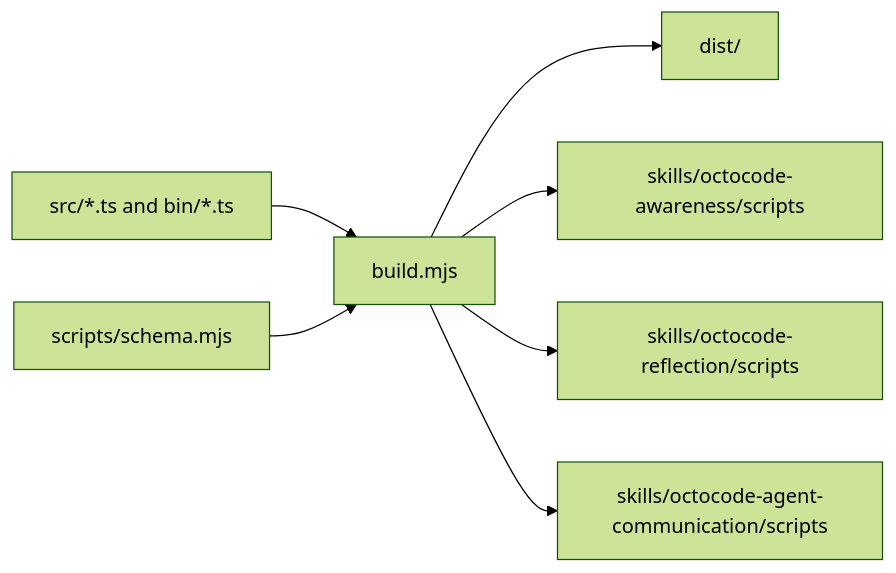
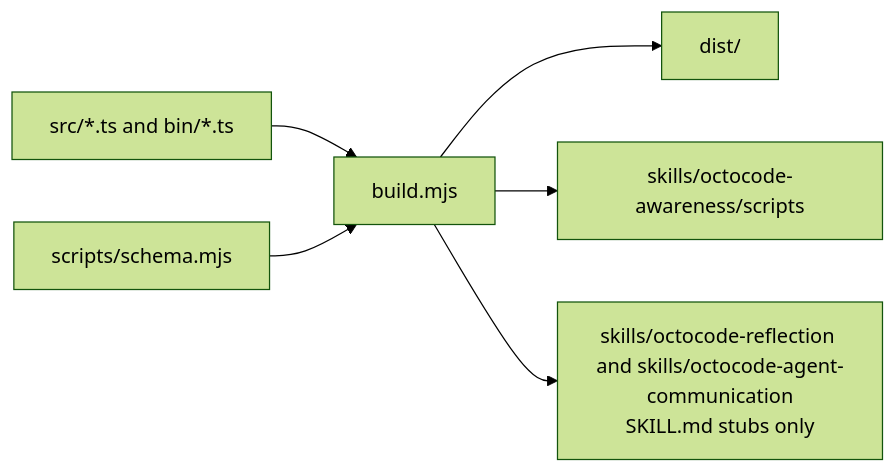
Before and after one commit to bgauryy/octocode: the seventh of 7 diagrams in packages/octocode-awareness/docs/SKILLS.md, drawn with Mermaid (forest theme). The commit also changed other lines of this file and 194 other files, not shown here.

````diff
--- a/packages/octocode-awareness/docs/SKILLS.md
+++ b/packages/octocode-awareness/docs/SKILLS.md
@@ -315,9 +319,8 @@
 ```mermaid
 flowchart LR
   TS["src/*.ts and bin/*.ts"] --> Build["build.mjs"]
   Schema["scripts/schema.mjs"] --> Build
   Build --> Dist["dist/"]
   Build --> AwarenessScripts["skills/octocode-awareness/scripts"]
-  Build --> ReflectionScripts["skills/octocode-reflection/scripts"]
-  Build --> CommScripts["skills/octocode-agent-communication/scripts"]
+  Build --> StubSkills["skills/octocode-reflection and skills/octocode-agent-communication<br/>SKILL.md stubs only"]
 ```
````
